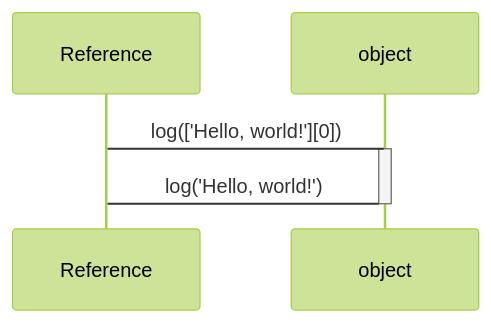
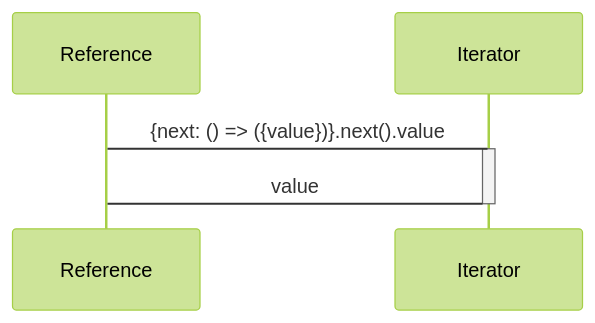
Before and after one commit to domrally/peekeasy: the second of 4 diagrams in README.md, drawn with Mermaid (forest theme). The commit also changed other lines of this file and 70 other files, not shown here.

````diff
--- a/README.md
+++ b/README.md
@@ -104,7 +83,7 @@
 ```mermaid
 sequenceDiagram
-    Reference->object: log(['Hello, world!'][0])
-    activate object
-    object->Reference: log('Hello, world!')
-    deactivate object
+    Reference->Iterator: {next: () => ({value})}.next().value
+    activate Iterator
+    Iterator->Reference: value
+    deactivate Iterator
 ```
````
